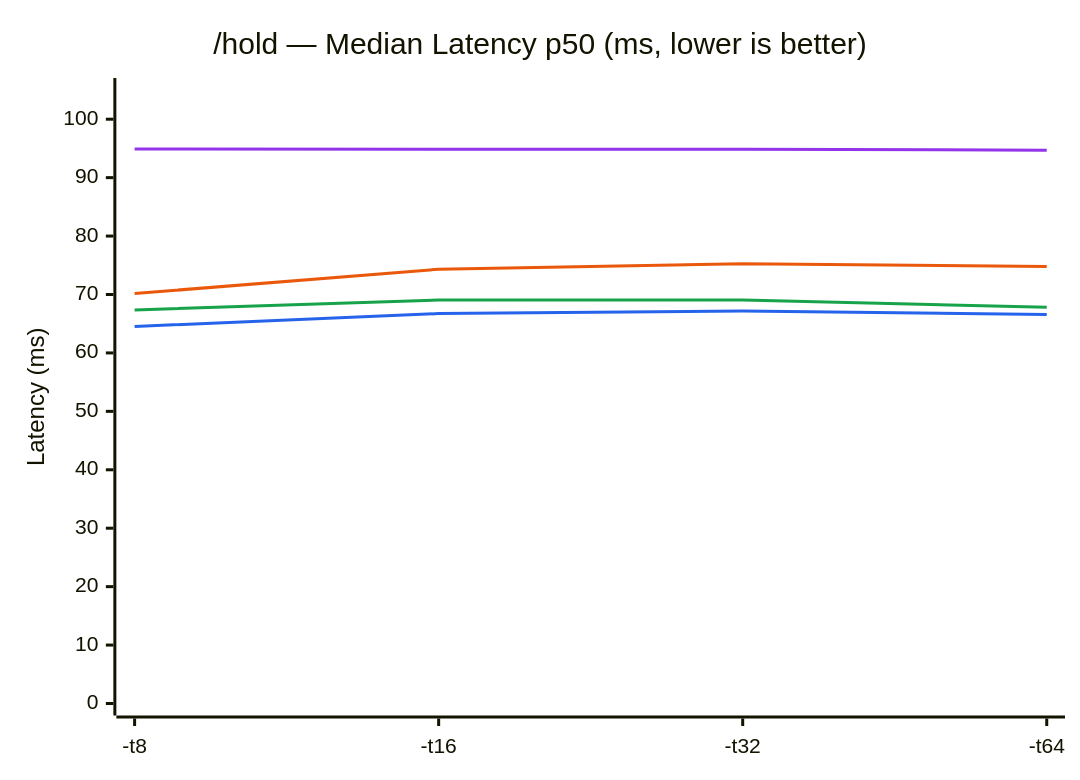
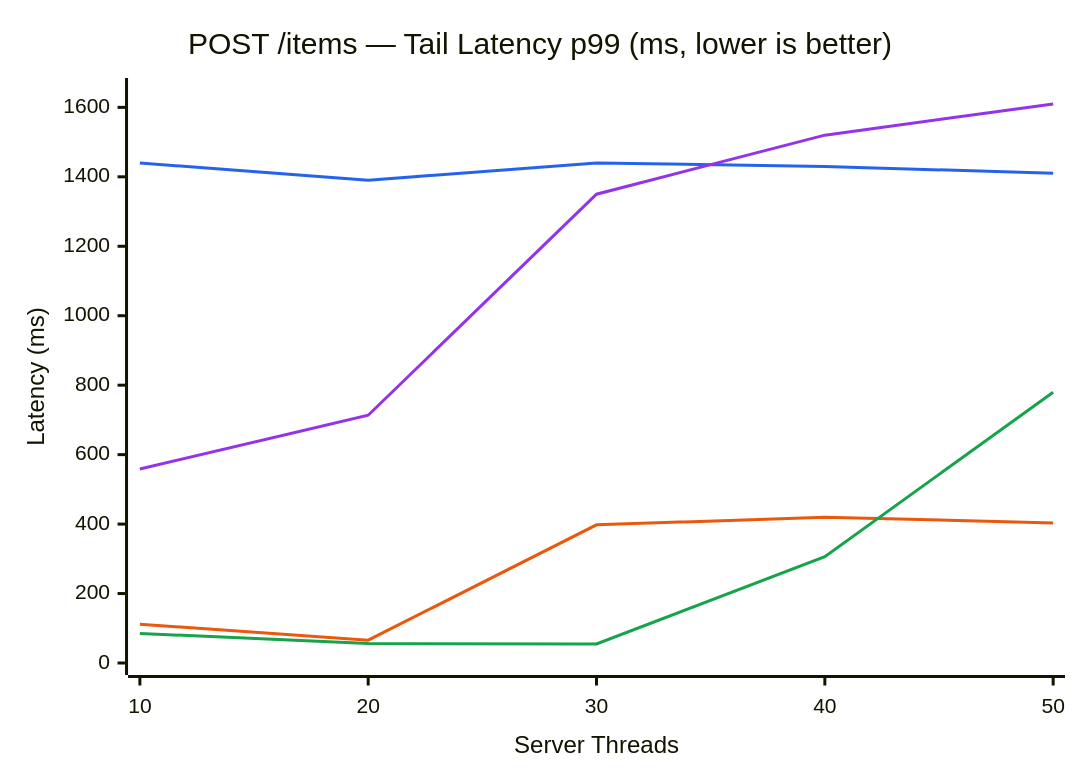
The third of 3 diagrams in README.md (erlpython/epython), drawn with Mermaid before and after one commit. The commit also changed other lines of this file and 3 other files, not shown here.

````diff
--- a/README.md
+++ b/README.md
@@ -150,16 +95,16 @@
 ```mermaid
 ---
 config:
   themeVariables:
     xyChart:
-      plotColorPalette: "#2563eb, #16a34a, #ea580c, #9333ea"
+      plotColorPalette: "#ea580c, #16a34a, #2563eb, #9333ea"
 ---
 xychart-beta
-    title "/hold — Median Latency p50 (ms, lower is better)"
-    x-axis ["-t8", "-t16", "-t32", "-t64"]
-    y-axis "Latency (ms)" 0 --> 105
-    line [64.53, 66.73, 67.19, 66.59]
-    line [67.35, 69.06, 69.07, 67.81]
-    line [70.17, 74.32, 75.25, 74.79]
-    line [94.92, 94.86, 94.88, 94.70]
+    title "POST /items — Tail Latency p99 (ms, lower is better)"
+    x-axis "Server Threads" ["10", "20", "30", "40", "50"]
+    y-axis "Latency (ms)" 0 --> 1650
+    line [111.86, 65.75, 397.84, 419.68, 403.49]
+    line [85.20, 55.86, 54.78, 306.35, 779.68]
+    line [1440.00, 1390.00, 1440.00, 1430.00, 1410.00]
+    line [558.63, 713.43, 1350.00, 1520.00, 1610.00]
 ```
````
